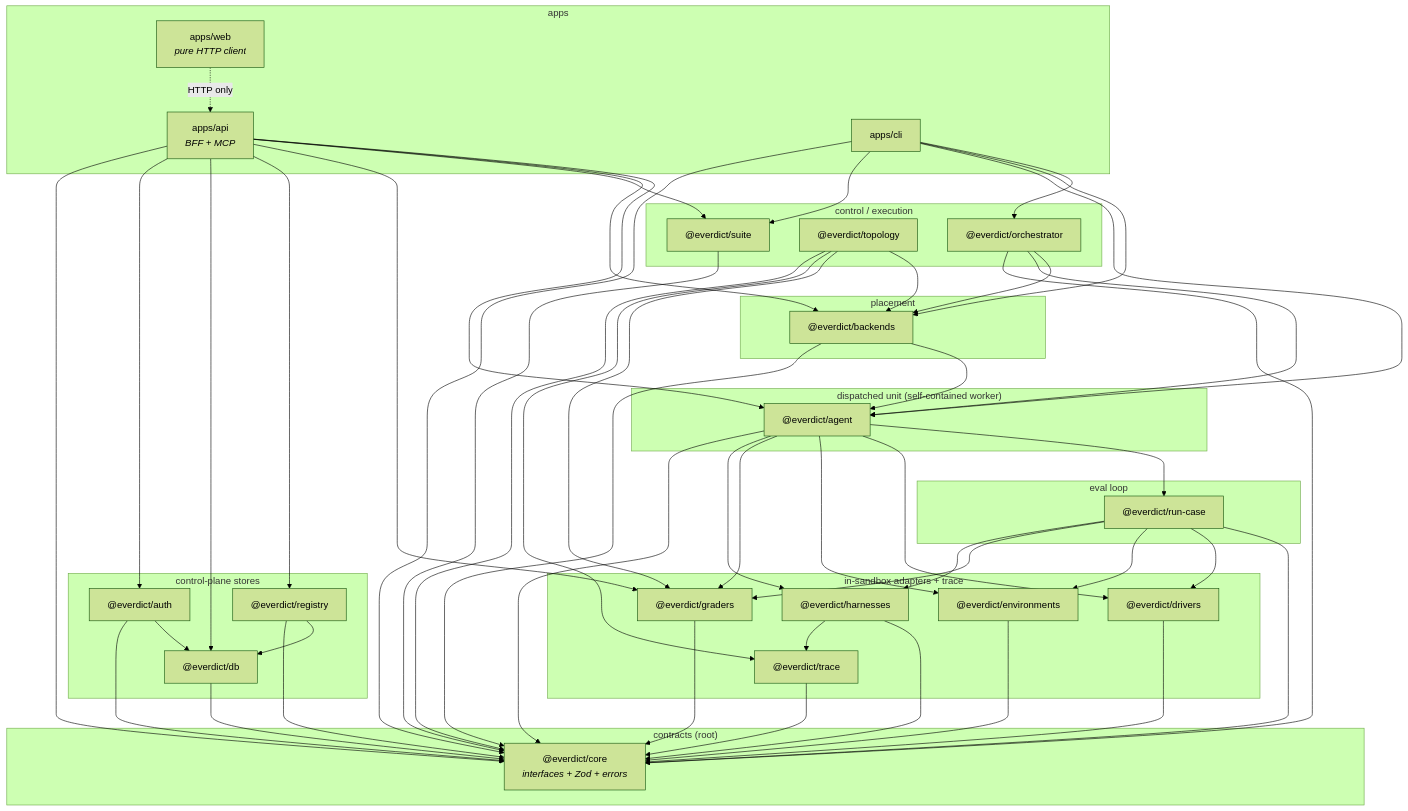
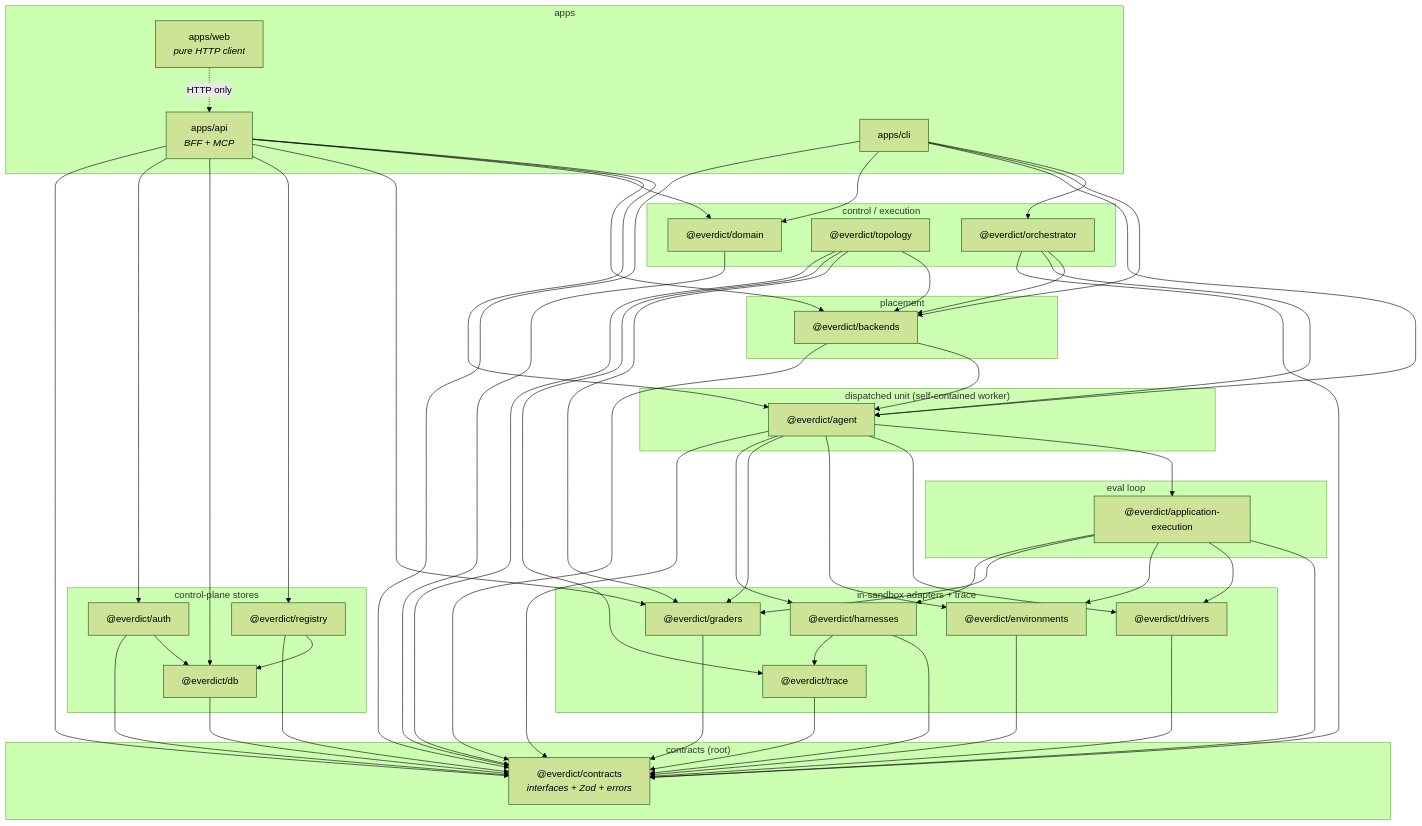
Before and after one commit to everdict/everdict: the first of 24 diagrams in docs/architecture/collaboration.md, drawn with Mermaid (forest theme). The commit also changed other lines of this file and 141 other files, not shown here.

````diff
--- a/docs/architecture/collaboration.md
+++ b/docs/architecture/collaboration.md
@@ -29,7 +36,7 @@
 ```mermaid
 flowchart TD
   subgraph L0["contracts (root)"]
-    core["@everdict/core<br/><i>interfaces + Zod + errors</i>"]
+    core["@everdict/contracts<br/><i>interfaces + Zod + errors</i>"]
   end
 
   subgraph L1["in-sandbox adapters + trace"]
@@ -41,7 +48,7 @@
   end
 
   subgraph L2["eval loop"]
-    runner["@everdict/run-case"]
+    runner["@everdict/application-execution"]
   end
 
   subgraph L3["dispatched unit (self-contained worker)"]
@@ -55,7 +62,7 @@
   subgraph L5["control / execution"]
     orchestrator["@everdict/orchestrator"]
     topology["@everdict/topology"]
-    suite["@everdict/suite"]
+    suite["@everdict/domain"]
   end
 
   subgraph CP["control-plane stores"]
````
